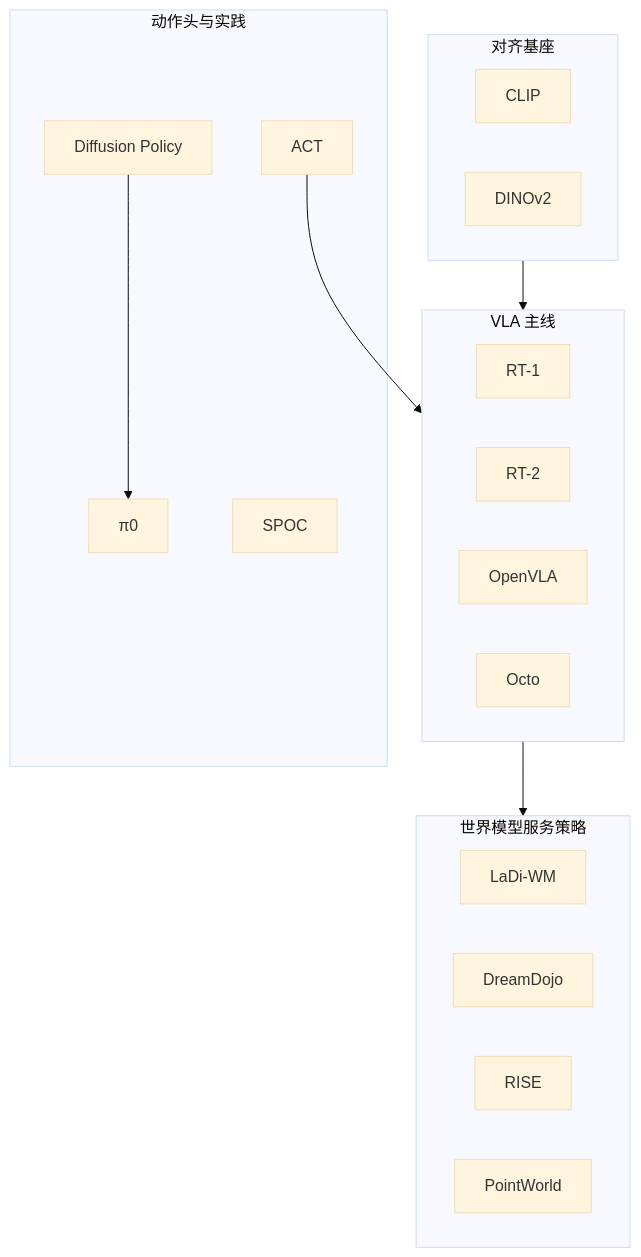
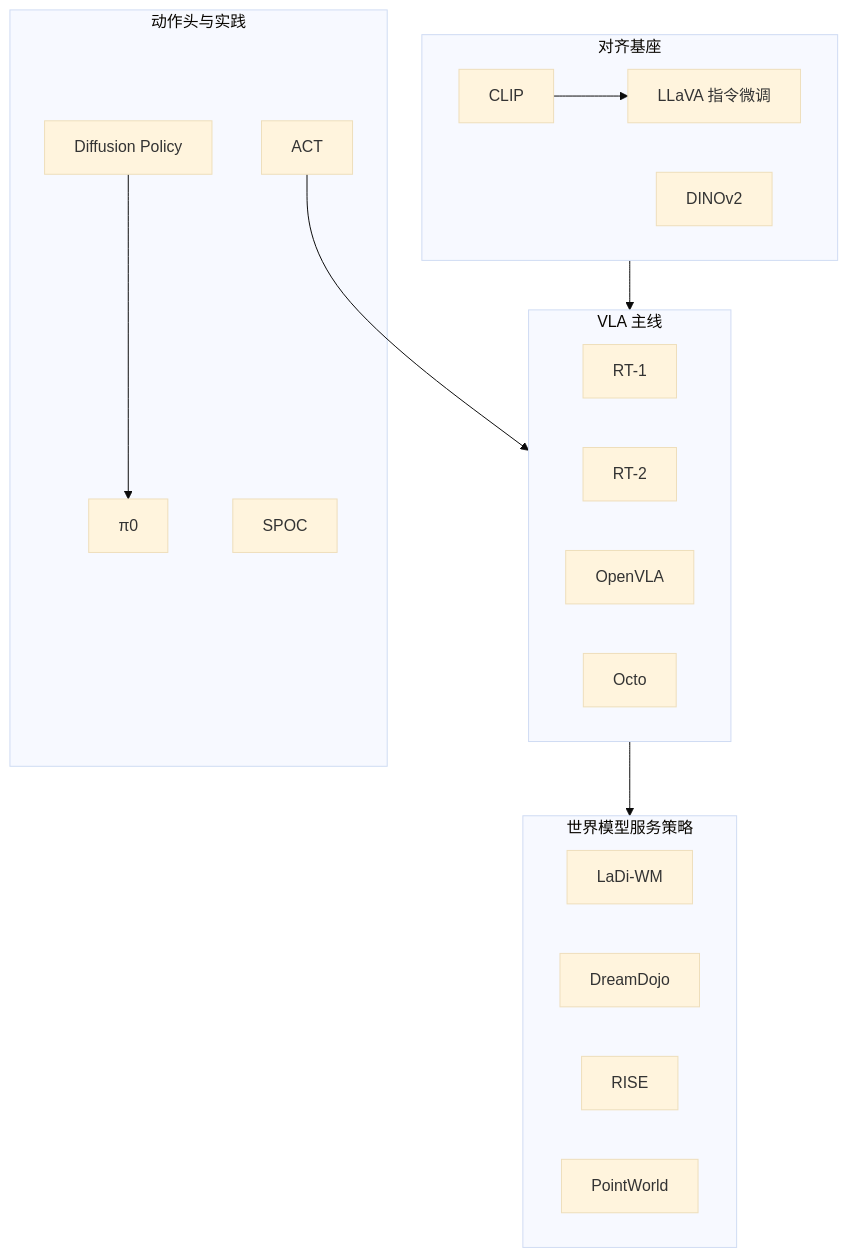
The diagram in wiki/overview/vla-wm-reading-roadmap-14-papers-technology-map.md (ImChong/Robotics_Notebooks), drawn with Mermaid (base theme) before and after one commit. The commit also changed other lines of this file and 18 other files, not shown here.

Commit message:
[2026-09-23] ingest | sources/papers/llava_arxiv_2304_08485.md — VLA 上游 CLIP/LLaVA 一手资料；新建 paper-llava 与 sources 三件套并补强 VLA 交叉引用 (#2213)

````diff
--- a/wiki/overview/vla-wm-reading-roadmap-14-papers-technology-map.md
+++ b/wiki/overview/vla-wm-reading-roadmap-14-papers-technology-map.md
@@ -58,29 +59,31 @@
 ```mermaid
 flowchart TB
   subgraph ALIGN["对齐基座"]
     CLIP[CLIP]
+    LLaVA[LLaVA 指令微调]
     DINO[DINOv2]
   end
+  CLIP --> LLaVA
   subgraph VLA["VLA 主线"]
     RT1[RT-1]
     RT2[RT-2]
     OV[OpenVLA]
     OCT[Octo]
   end
   subgraph ACTHEAD["动作头与实践"]
     DP[Diffusion Policy]
     PI[π0]
     ACT[ACT]
     SP[SPOC]
   end
   subgraph WM["世界模型服务策略"]
     LD[LaDi-WM]
     DD[DreamDojo]
     RI[RISE]
     PW[PointWorld]
   end
   ALIGN --> VLA
   DP --> PI
   ACT --> VLA
   VLA --> WM
 ```
````
